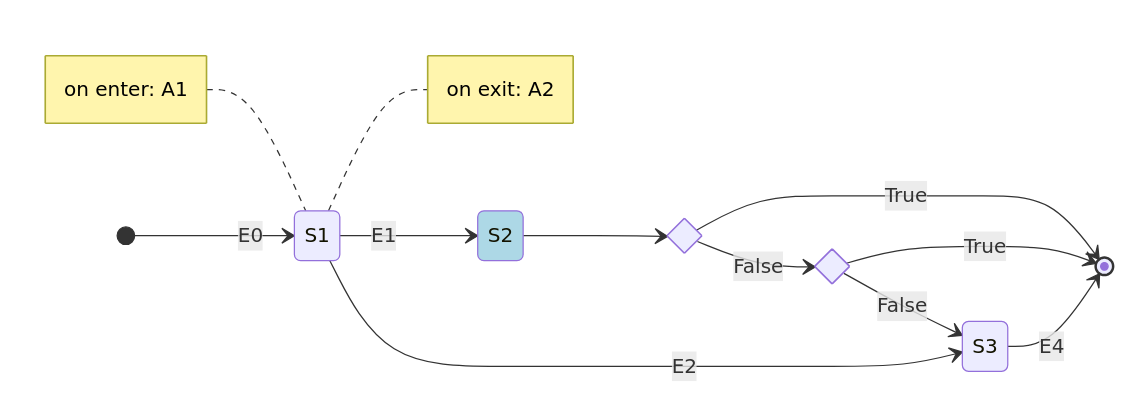
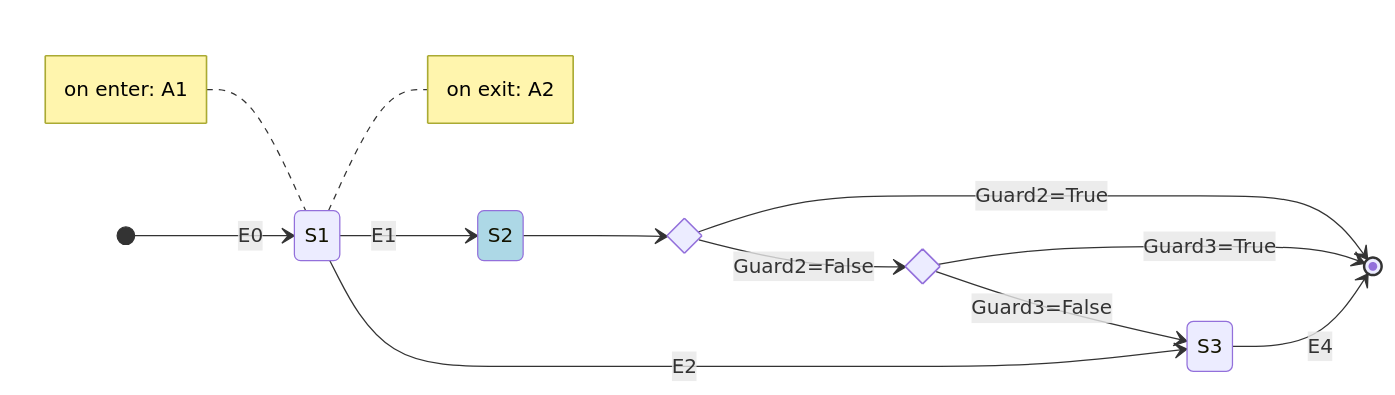
The diagram in README.md (enmala-modyo/state-machine-test), drawn with Mermaid before and after one commit.

Commit message:
docs: Update diagram

````diff
--- a/README.md
+++ b/README.md
@@ -27,27 +27,27 @@
 ```mermaid
 ---
 Máquina de Estados
 ---
 stateDiagram-v2
     direction LR
     classDef pseudo fill:lightblue
     state if_state1 <<choice>>
     state if_state2 <<choice>>
     S1
     note left of S1
         on enter: A1
     end note
     note right of S1
         on exit: A2
     end note
     [*] --> S1 : E0
     S1 --> S2 : E1
     S1 --> S3 : E2
     S2 --> if_state1
-    if_state1 --> [*] : True
-    if_state1 --> if_state2 : False
-    if_state2 --> [*] : True
-    if_state2 --> S3 : False
+    if_state1 --> [*] : Guard2=True
+    if_state1 --> if_state2 : Guard2=False
+    if_state2 --> [*] : Guard3=True
+    if_state2 --> S3 : Guard3=False
     S3 --> [*] : E4
     class S2 pseudo
 ```
````
